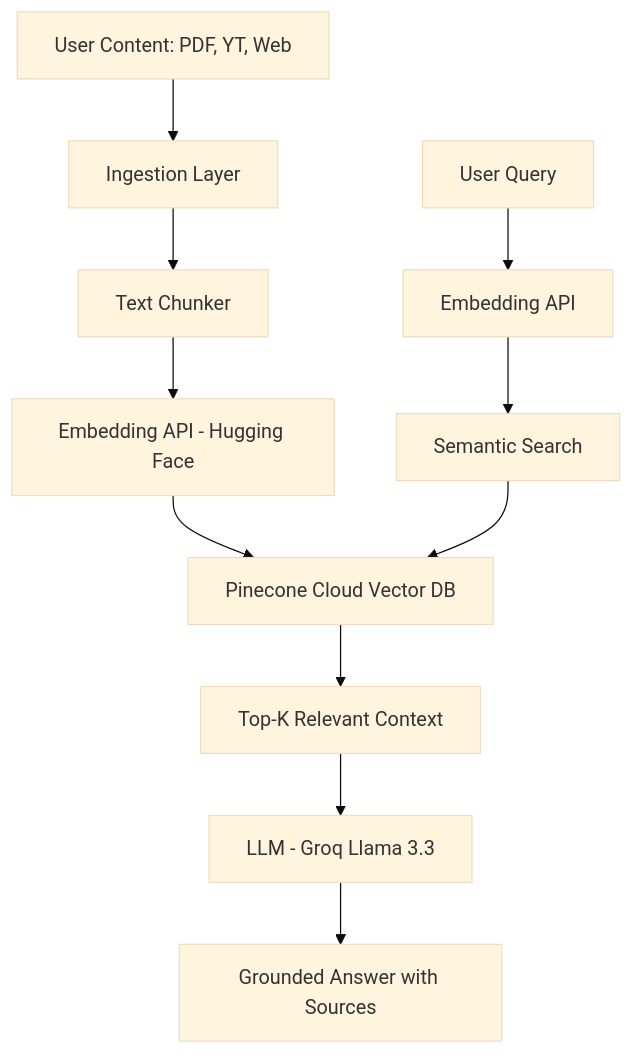
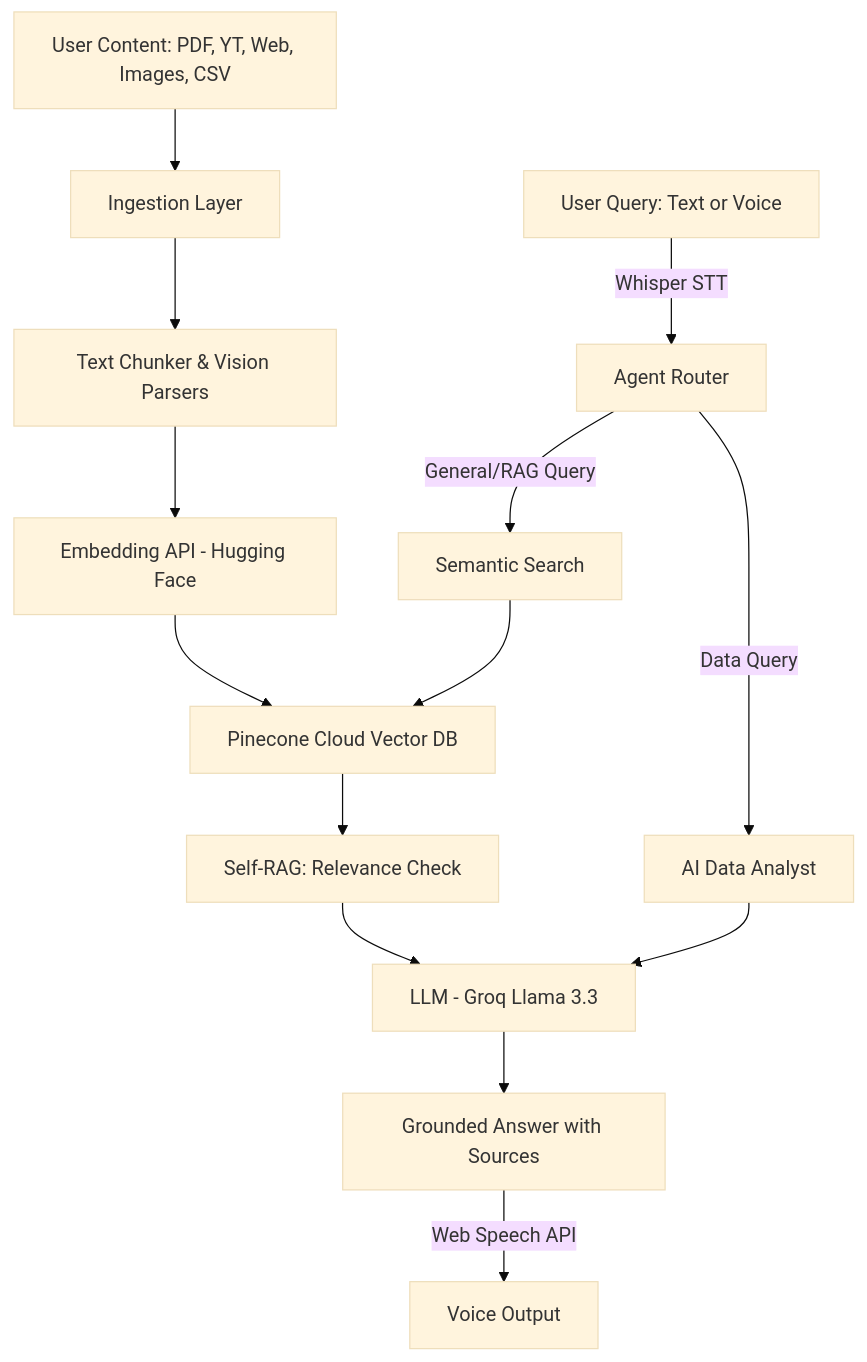
One commit to Hartz-byte/AI-Second-Brain changed the diagram in README.md. Above: the diagram before and after it, drawn with Mermaid (base theme). The commit also changed other lines of this file and 9 other files, not shown here.

Commit message:
Enhance with Multimodal Agentic AI, Voice Assistant, and Data Analyst

````diff
--- a/README.md
+++ b/README.md
@@ -36,14 +41,19 @@
 ```mermaid
 graph TD
-    A[User Content: PDF, YT, Web] --> B[Ingestion Layer]
-    B --> C[Text Chunker]
+    A[User Content: PDF, YT, Web, Images, CSV] --> B[Ingestion Layer]
+    B --> C[Text Chunker & Vision Parsers]
     C --> D[Embedding API - Hugging Face]
     D --> E[Pinecone Cloud Vector DB]
     
-    F[User Query] --> G[Embedding API]
-    G --> H[Semantic Search]
+    F[User Query: Text or Voice] -->|Whisper STT| G[Agent Router]
+    
+    G -->|Data Query| Analyst[AI Data Analyst]
+    Analyst --> J[LLM - Groq Llama 3.3]
+    
+    G -->|General/RAG Query| H[Semantic Search]
     H --> E
-    E --> I[Top-K Relevant Context]
-    I --> J[LLM - Groq Llama 3.3]
+    E --> I[Self-RAG: Relevance Check]
+    I --> J
     J --> K[Grounded Answer with Sources]
+    K -->|Web Speech API| L[Voice Output]
 ```
````
